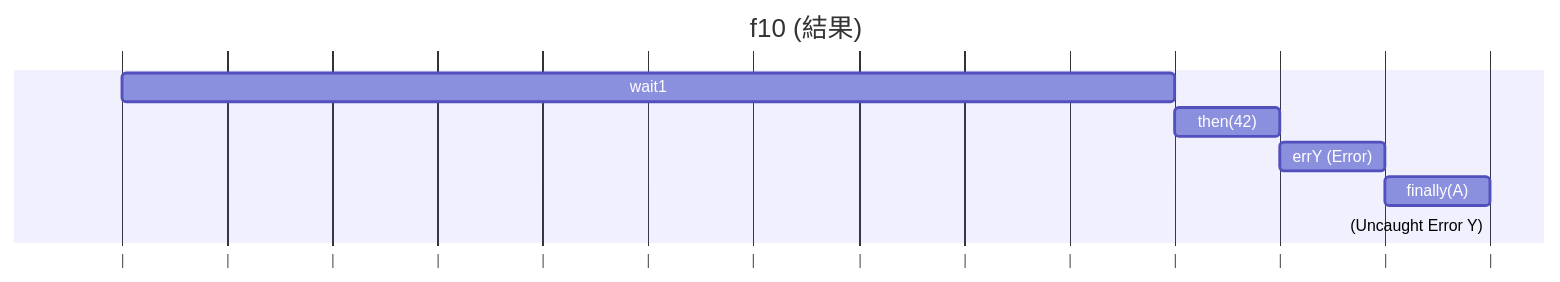
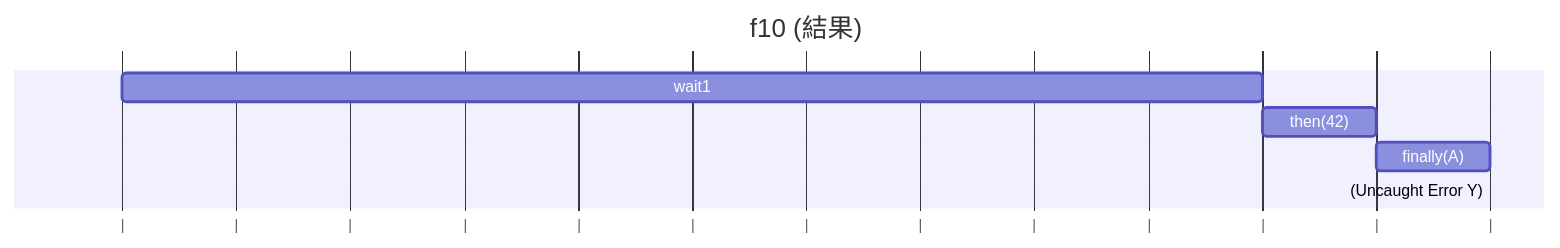
Before and after one commit to sugurucode/oreilly-javascript: diagram 16 of 20 in exercises/ch13/ex02/index.md, drawn with Mermaid. The commit also changed other lines of this file, not shown here.

````diff
--- a/exercises/ch13/ex02/index.md
+++ b/exercises/ch13/ex02/index.md
@@ -873,11 +774,10 @@
 ```mermaid
 gantt
   title f10 (結果)
   dateFormat  s
   axisFormat |
     wait1 :w1, 0, 1s
     then(42) :t42, after w1, 0.1s
-    errY (Error) :eY, after t42, 0.1s
-    finally(A) :fA, after eY, 0.1s
+    finally(A) :fA, after t42, 0.1s
     (Uncaught Error Y) :crit, after fA, 0s
 ```
````
